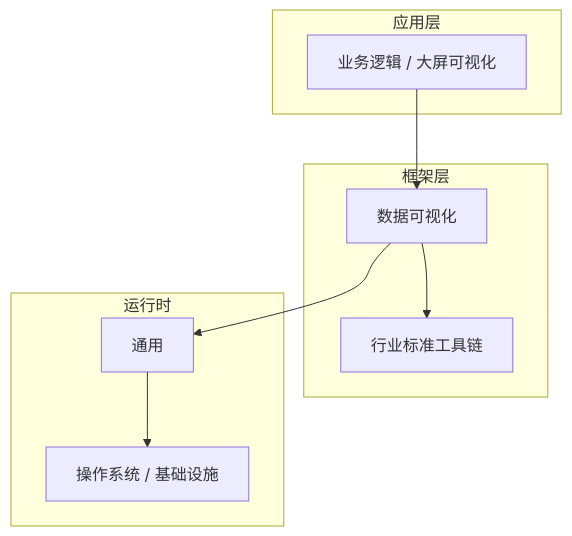
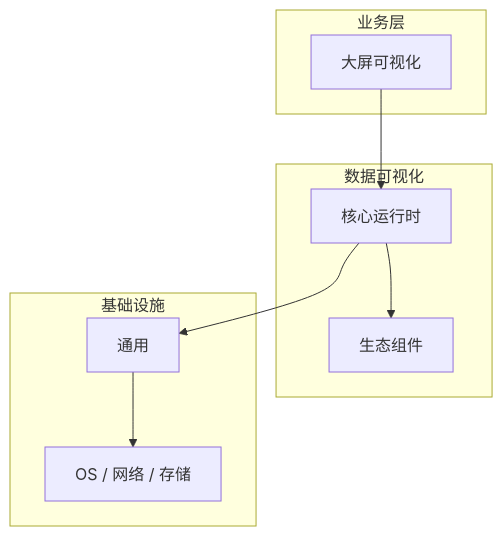
Before and after one commit to yanggan2015/knowledge-json-v2: the diagram in articles/数据可视化/chapters/073-大屏可视化核心概念与原理.md, drawn with Mermaid. The commit also changed other lines of this file and 10127 other files, not shown here.

````diff
--- a/articles/数据可视化/chapters/073-大屏可视化核心概念与原理.md
+++ b/articles/数据可视化/chapters/073-大屏可视化核心概念与原理.md
@@ -45,18 +34,18 @@
 ```mermaid
 graph TB
-    subgraph 应用层
-        A[业务逻辑 / 大屏可视化]
+    subgraph 业务层
+        A[大屏可视化]
     end
-    subgraph 框架层
-        B[数据可视化]
-        C[行业标准工具链]
+    subgraph 数据可视化
+        B[核心运行时]
+        C[生态组件]
     end
-    subgraph 运行时
+    subgraph 基础设施
         D[通用]
-        E[操作系统 / 基础设施]
+        E[OS / 网络 / 存储]
     end
     A --> B
     B --> C
     B --> D
     D --> E
 ```
````
